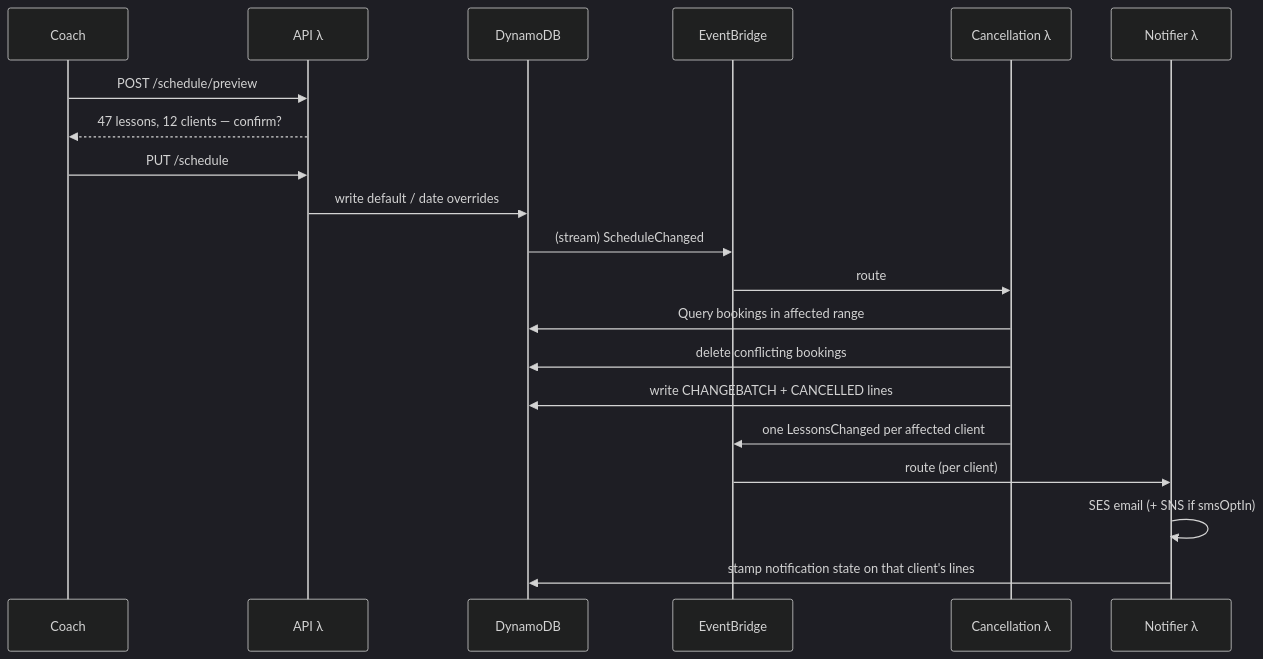
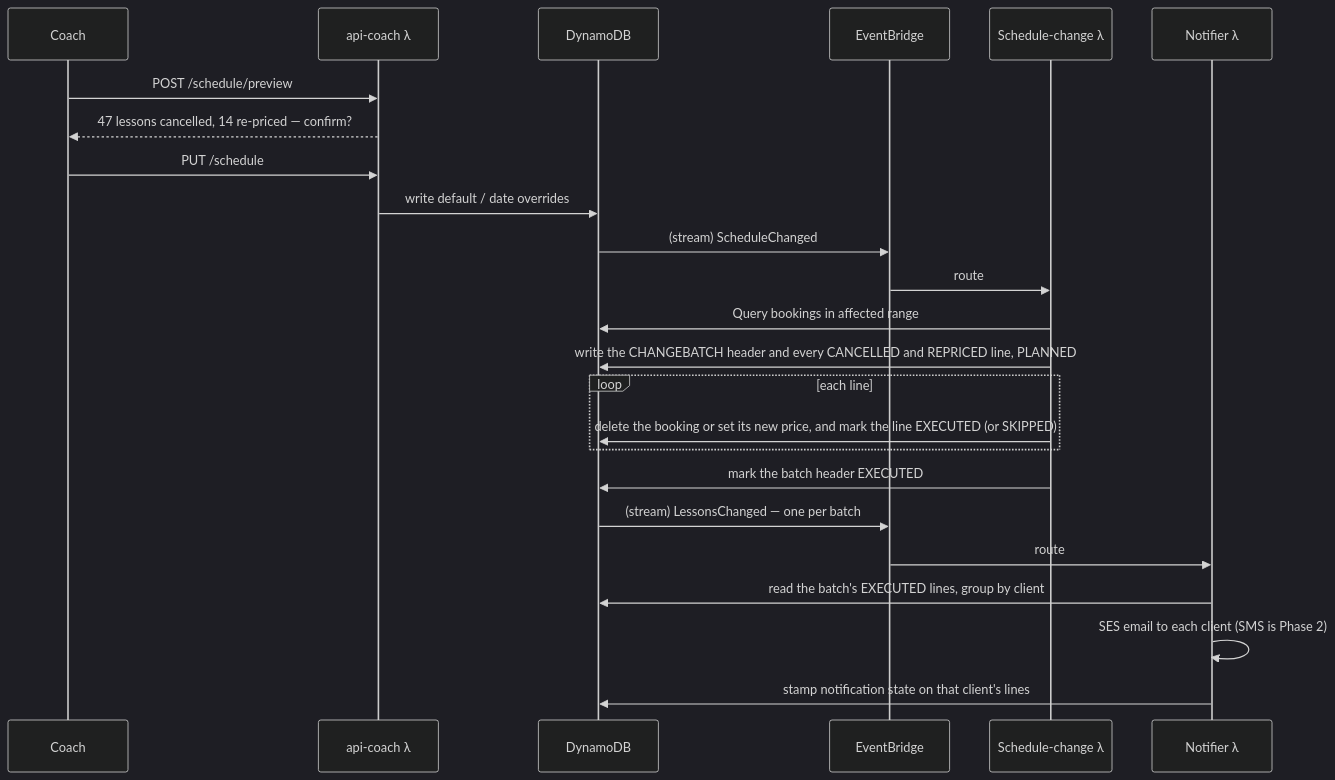
The diagram in docs/adr/ADR-006-open-booking-recurring-lessons-and-cancellation.md (jessicamvega6/bladebook), drawn with Mermaid (dark theme) before and after one commit. The commit also changed other lines of this file and 20 other files, not shown here.

````diff
--- a/docs/adr/ADR-006-open-booking-recurring-lessons-and-cancellation.md
+++ b/docs/adr/ADR-006-open-booking-recurring-lessons-and-cancellation.md
@@ -415,22 +418,26 @@
 ```mermaid
 sequenceDiagram
     participant C as Coach
-    participant API as API λ
+    participant API as api-coach λ
     participant DB as DynamoDB
     participant Bus as EventBridge
-    participant X as Cancellation λ
+    participant X as Schedule-change λ
     participant N as Notifier λ
     C->>API: POST /schedule/preview
-    API-->>C: 47 lessons, 12 clients — confirm?
+    API-->>C: 47 lessons cancelled, 14 re-priced — confirm?
     C->>API: PUT /schedule
     API->>DB: write default / date overrides
     DB->>Bus: (stream) ScheduleChanged
     Bus->>X: route
     X->>DB: Query bookings in affected range
-    X->>DB: delete conflicting bookings
-    X->>DB: write CHANGEBATCH + CANCELLED lines
-    X->>Bus: one LessonsChanged per affected client
-    Bus->>N: route (per client)
-    N->>N: SES email (+ SNS if smsOptIn)
+    X->>DB: write the CHANGEBATCH header and every CANCELLED and REPRICED line, PLANNED
+    loop each line
+        X->>DB: delete the booking or set its new price, and mark the line EXECUTED (or SKIPPED)
+    end
+    X->>DB: mark the batch header EXECUTED
+    DB->>Bus: (stream) LessonsChanged — one per batch
+    Bus->>N: route
+    N->>DB: read the batch's EXECUTED lines, group by client
+    N->>N: SES email to each client (SMS is Phase 2)
     N->>DB: stamp notification state on that client's lines
 ```
````
